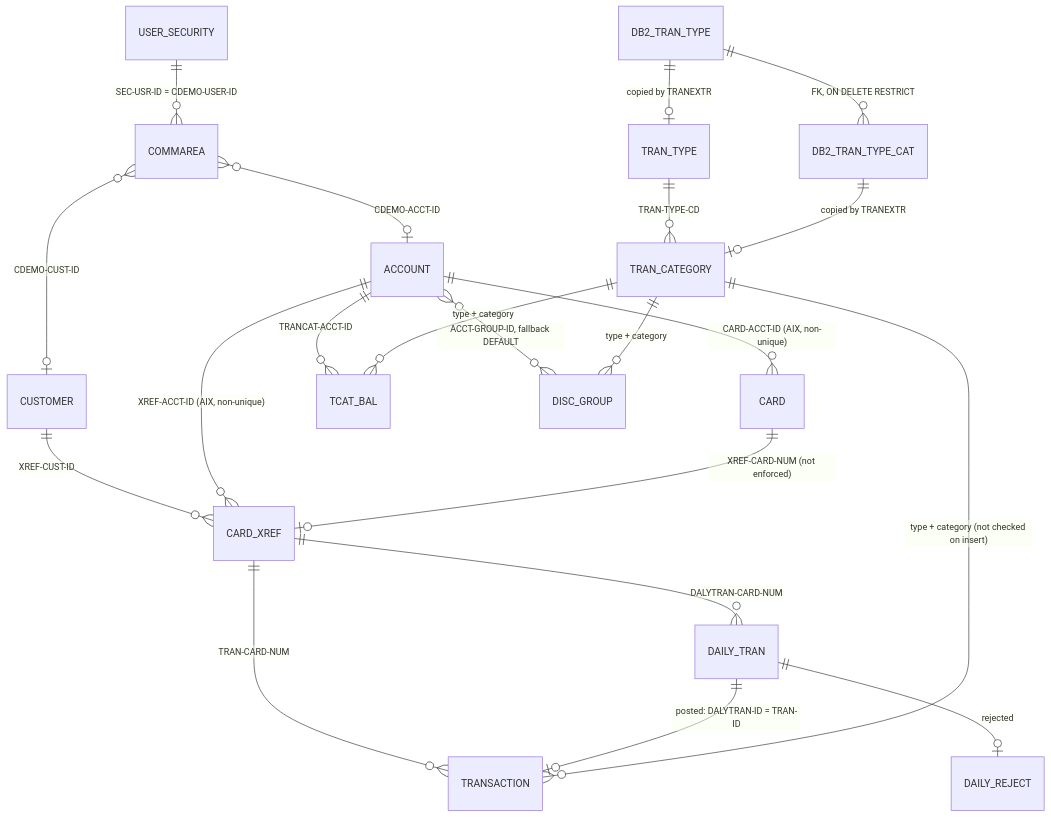
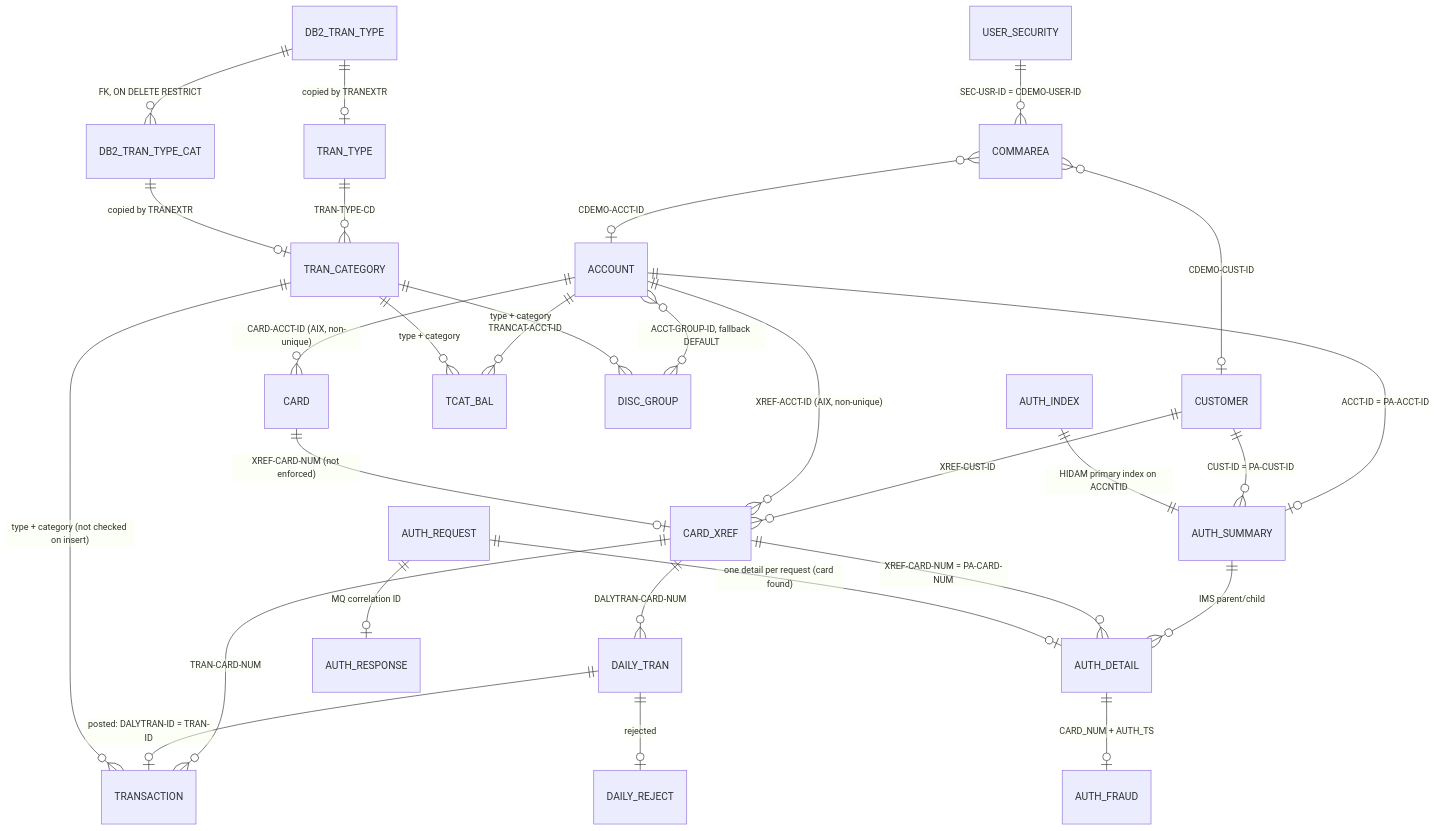
The diagram in docs/modernization/spec/entities.md (factory-senura-jayatunge/carddemo), drawn with Mermaid before and after one commit. The commit also changed other lines of this file and 2 other files, not shown here.

````diff
--- a/docs/modernization/spec/entities.md
+++ b/docs/modernization/spec/entities.md
@@ -16,23 +16,31 @@
 ```mermaid
 erDiagram
     CUSTOMER ||--o{ CARD_XREF : "XREF-CUST-ID"
     ACCOUNT ||--o{ CARD_XREF : "XREF-ACCT-ID (AIX, non-unique)"
     CARD ||--o| CARD_XREF : "XREF-CARD-NUM (not enforced)"
     ACCOUNT ||--o{ CARD : "CARD-ACCT-ID (AIX, non-unique)"
     ACCOUNT ||--o{ TCAT_BAL : "TRANCAT-ACCT-ID"
     TRAN_TYPE ||--o{ TRAN_CATEGORY : "TRAN-TYPE-CD"
     TRAN_CATEGORY ||--o{ TCAT_BAL : "type + category"
     CARD_XREF ||--o{ TRANSACTION : "TRAN-CARD-NUM"
     CARD_XREF ||--o{ DAILY_TRAN : "DALYTRAN-CARD-NUM"
     DAILY_TRAN ||--o| TRANSACTION : "posted: DALYTRAN-ID = TRAN-ID"
     DAILY_TRAN ||--o| DAILY_REJECT : "rejected"
     TRAN_CATEGORY ||--o{ TRANSACTION : "type + category (not checked on insert)"
     ACCOUNT }o--o{ DISC_GROUP : "ACCT-GROUP-ID, fallback DEFAULT"
     TRAN_CATEGORY ||--o{ DISC_GROUP : "type + category"
     USER_SECURITY ||--o{ COMMAREA : "SEC-USR-ID = CDEMO-USER-ID"
     COMMAREA }o--o| ACCOUNT : "CDEMO-ACCT-ID"
     COMMAREA }o--o| CUSTOMER : "CDEMO-CUST-ID"
     DB2_TRAN_TYPE ||--o{ DB2_TRAN_TYPE_CAT : "FK, ON DELETE RESTRICT"
     DB2_TRAN_TYPE ||--o| TRAN_TYPE : "copied by TRANEXTR"
     DB2_TRAN_TYPE_CAT ||--o| TRAN_CATEGORY : "copied by TRANEXTR"
+    ACCOUNT ||--o| AUTH_SUMMARY : "ACCT-ID = PA-ACCT-ID"
+    CUSTOMER ||--o{ AUTH_SUMMARY : "CUST-ID = PA-CUST-ID"
+    AUTH_SUMMARY ||--o{ AUTH_DETAIL : "IMS parent/child"
+    AUTH_INDEX ||--|| AUTH_SUMMARY : "HIDAM primary index on ACCNTID"
+    CARD_XREF ||--o{ AUTH_DETAIL : "XREF-CARD-NUM = PA-CARD-NUM"
+    AUTH_REQUEST ||--o| AUTH_DETAIL : "one detail per request (card found)"
+    AUTH_REQUEST ||--o| AUTH_RESPONSE : "MQ correlation ID"
+    AUTH_DETAIL ||--o| AUTH_FRAUD : "CARD_NUM + AUTH_TS"
 ```
````
